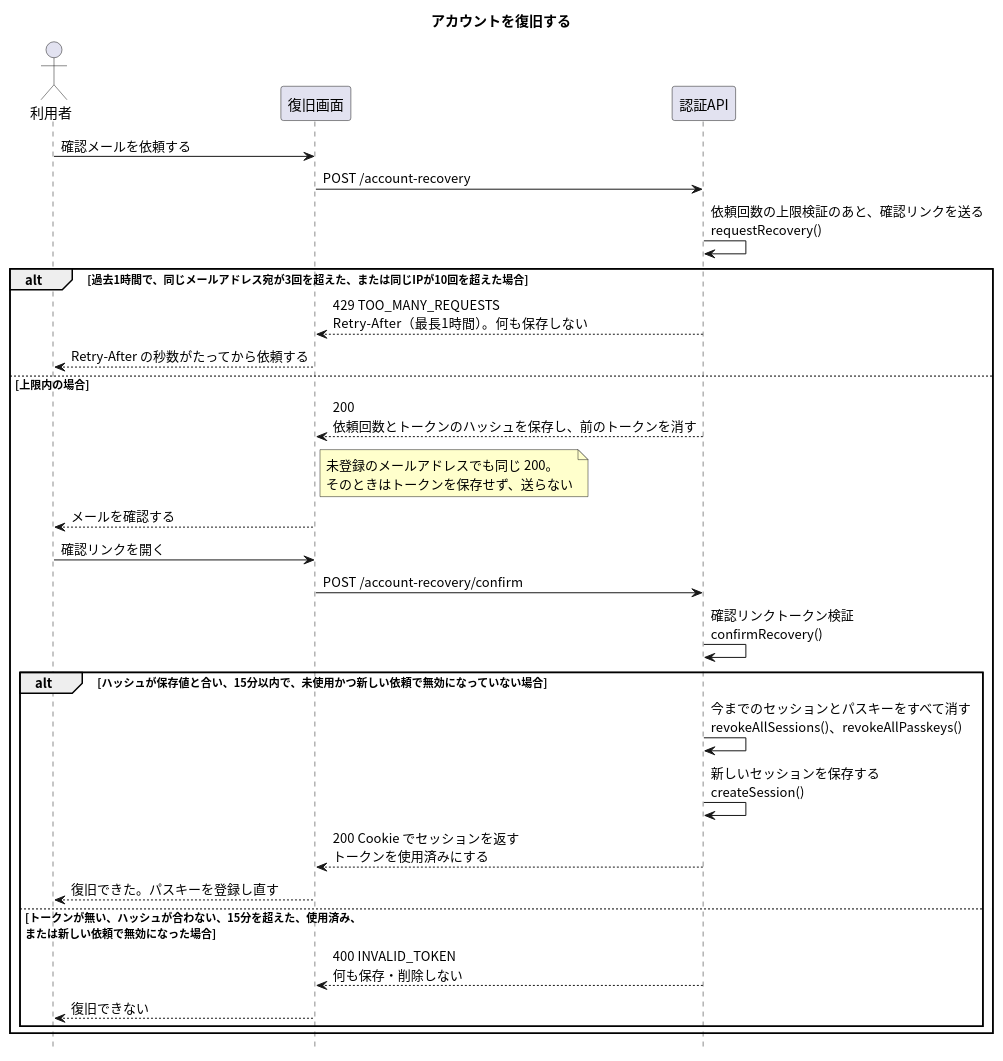
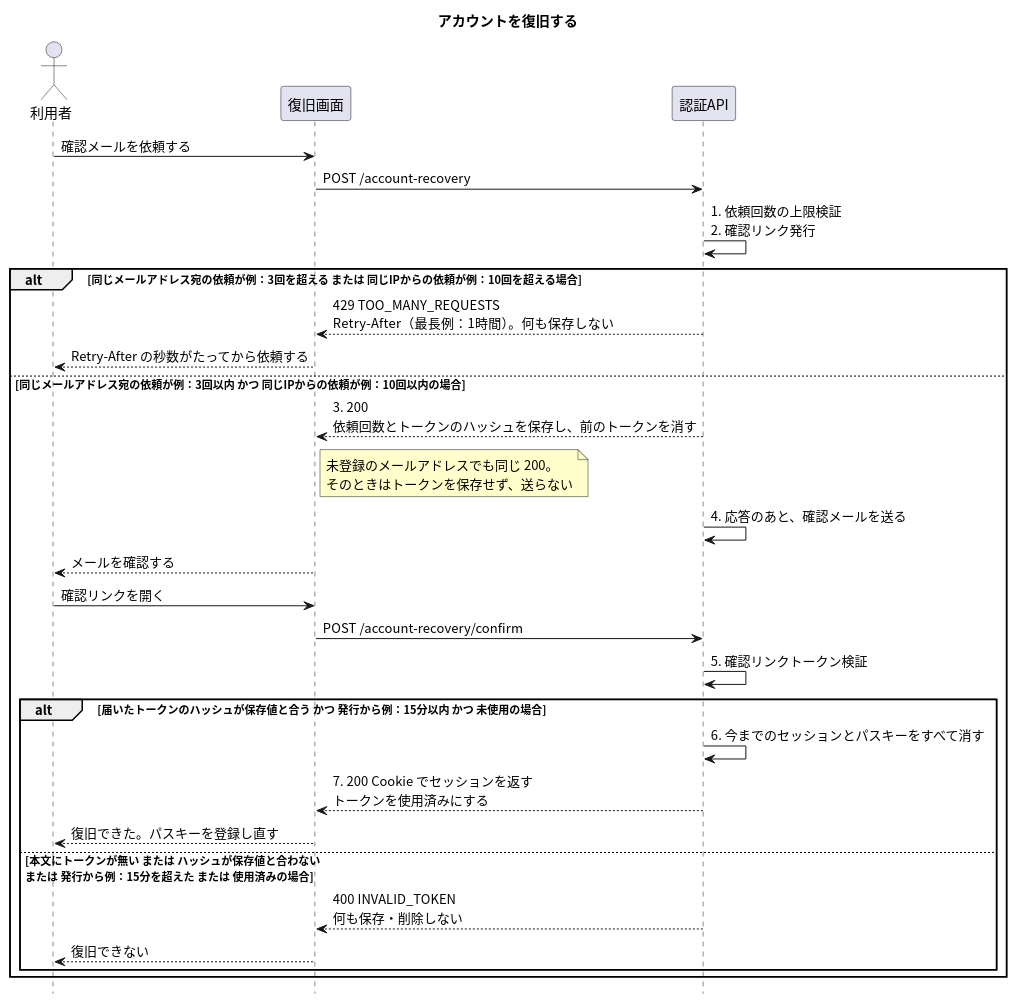
The diagram in apis/recover-account/入口.puml (masamasamasato/design-doc-template), drawn with PlantUML before and after one commit. The commit also changed 28 other files, not shown here.

```diff
--- a/apis/recover-account/入口.puml
+++ b/apis/recover-account/入口.puml
@@ -1,37 +1,37 @@
 @startuml
 skinparam shadowing false
 skinparam defaultFontName "Noto Sans CJK JP"
 skinparam SequenceFontName "Noto Sans CJK JP"
 skinparam NoteBackgroundColor #FFFFCC
 hide footbox
 
 title アカウントを復旧する
 
 actor "利用者" as User
 participant "復旧画面" as Screen
 participant "認証API" as API
 
 User -> Screen : 確認メールを依頼する
 Screen -> API : POST /account-recovery
-API -> API : 依頼回数の上限検証のあと、確認リンクを送る\nrequestRecovery()
-alt 過去1時間で、同じメールアドレス宛が3回を超えた、または同じIPが10回を超えた場合
-  API --> Screen : 429 TOO_MANY_REQUESTS\nRetry-After（最長1時間）。何も保存しない
+API -> API : 1. 依頼回数の上限検証\n2. 確認リンク発行
+alt 同じメールアドレス宛の依頼が例：3回を超える または 同じIPからの依頼が例：10回を超える場合
+  API --> Screen : 429 TOO_MANY_REQUESTS\nRetry-After（最長例：1時間）。何も保存しない
   Screen --> User : Retry-After の秒数がたってから依頼する
-else 上限内の場合
-  API --> Screen : 200\n依頼回数とトークンのハッシュを保存し、前のトークンを消す
+else 同じメールアドレス宛の依頼が例：3回以内 かつ 同じIPからの依頼が例：10回以内の場合
+  API --> Screen : 3. 200\n依頼回数とトークンのハッシュを保存し、前のトークンを消す
   note right of Screen : 未登録のメールアドレスでも同じ 200。\nそのときはトークンを保存せず、送らない
+  API -> API : 4. 応答のあと、確認メールを送る
   Screen --> User : メールを確認する
   User -> Screen : 確認リンクを開く
   Screen -> API : POST /account-recovery/confirm
-  API -> API : 確認リンクトークン検証\nconfirmRecovery()
-  alt ハッシュが保存値と合い、15分以内で、未使用かつ新しい依頼で無効になっていない場合
-    API -> API : 今までのセッションとパスキーをすべて消す\nrevokeAllSessions()、revokeAllPasskeys()
-    API -> API : 新しいセッションを保存する\ncreateSession()
-    API --> Screen : 200 Cookie でセッションを返す\nトークンを使用済みにする
+  API -> API : 5. 確認リンクトークン検証
+  alt 届いたトークンのハッシュが保存値と合う かつ 発行から例：15分以内 かつ 未使用の場合
+    API -> API : 6. 今までのセッションとパスキーをすべて消す
+    API --> Screen : 7. 200 Cookie でセッションを返す\nトークンを使用済みにする
     Screen --> User : 復旧できた。パスキーを登録し直す
-  else トークンが無い、ハッシュが合わない、15分を超えた、使用済み、\nまたは新しい依頼で無効になった場合
+  else 本文にトークンが無い または ハッシュが保存値と合わない\nまたは 発行から例：15分を超えた または 使用済みの場合
     API --> Screen : 400 INVALID_TOKEN\n何も保存・削除しない
     Screen --> User : 復旧できない
   end
 end
 @enduml
```
